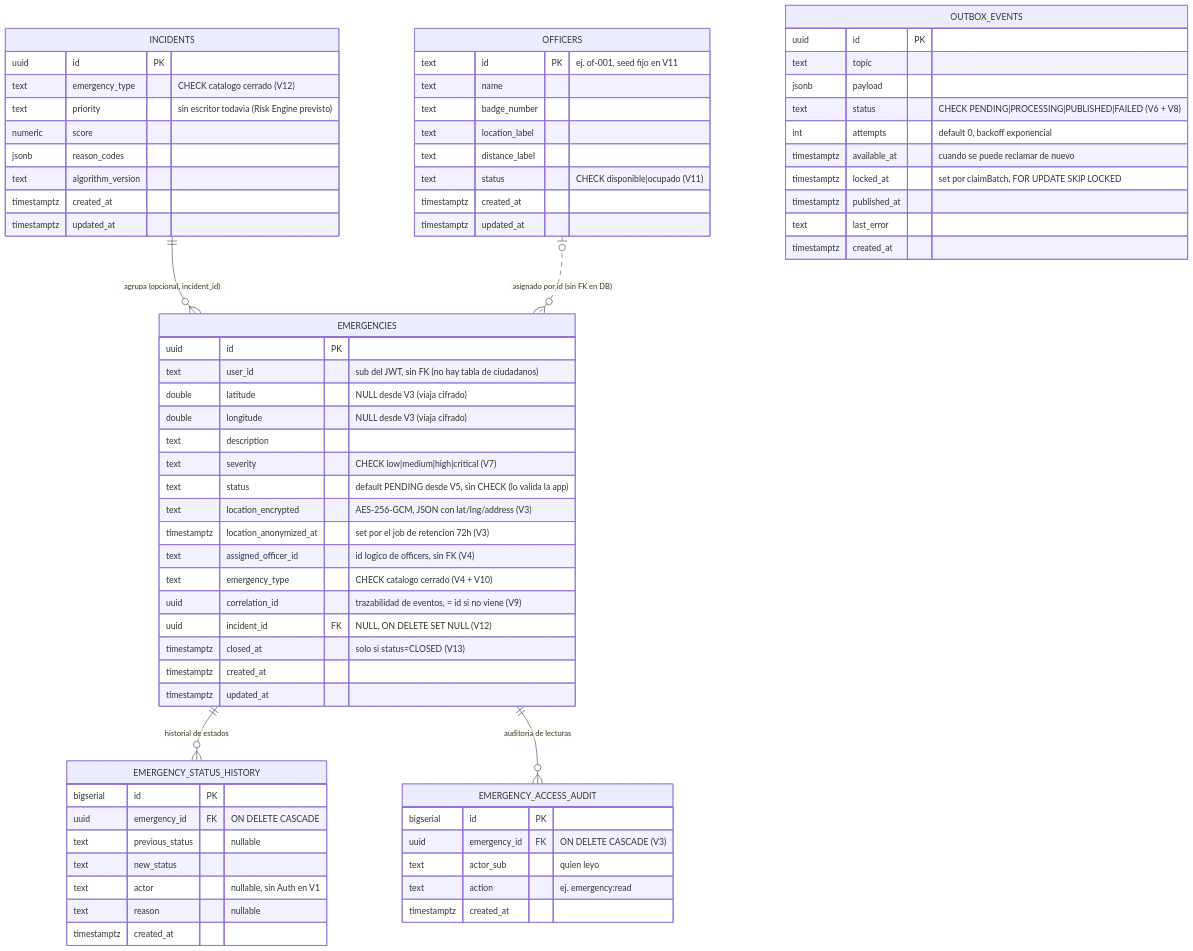
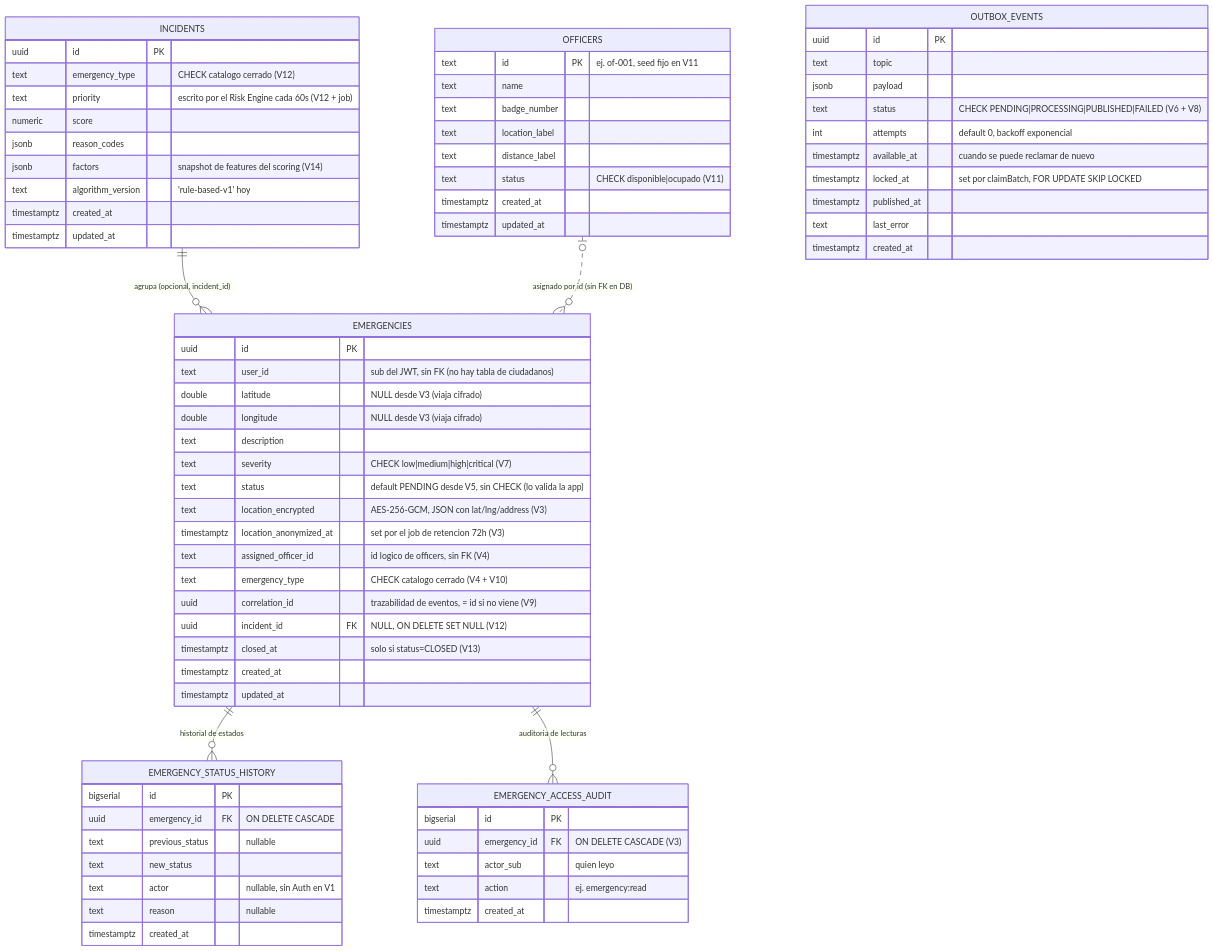
Before and after one commit to G6D2/emergencias-backend: the diagram in docs/diagramas/02-modelo-entidad-relacion.md, drawn with Mermaid. The commit also changed other lines of this file and 9 other files, not shown here.

````diff
--- a/docs/diagramas/02-modelo-entidad-relacion.md
+++ b/docs/diagramas/02-modelo-entidad-relacion.md
@@ -7,79 +7,80 @@
 ```mermaid
 erDiagram
     EMERGENCIES ||--o{ EMERGENCY_STATUS_HISTORY : "historial de estados"
     EMERGENCIES ||--o{ EMERGENCY_ACCESS_AUDIT : "auditoria de lecturas"
     INCIDENTS ||--o{ EMERGENCIES : "agrupa (opcional, incident_id)"
     OFFICERS |o..o{ EMERGENCIES : "asignado por id (sin FK en DB)"
 
     EMERGENCIES {
         uuid id PK
         text user_id "sub del JWT, sin FK (no hay tabla de ciudadanos)"
         double latitude "NULL desde V3 (viaja cifrado)"
         double longitude "NULL desde V3 (viaja cifrado)"
         text description
         text severity "CHECK low|medium|high|critical (V7)"
         text status "default PENDING desde V5, sin CHECK (lo valida la app)"
         text location_encrypted "AES-256-GCM, JSON con lat/lng/address (V3)"
         timestamptz location_anonymized_at "set por el job de retencion 72h (V3)"
         text assigned_officer_id "id logico de officers, sin FK (V4)"
         text emergency_type "CHECK catalogo cerrado (V4 + V10)"
         uuid correlation_id "trazabilidad de eventos, = id si no viene (V9)"
         uuid incident_id FK "NULL, ON DELETE SET NULL (V12)"
         timestamptz closed_at "solo si status=CLOSED (V13)"
         timestamptz created_at
         timestamptz updated_at
     }
 
     EMERGENCY_STATUS_HISTORY {
         bigserial id PK
         uuid emergency_id FK "ON DELETE CASCADE"
         text previous_status "nullable"
         text new_status
         text actor "nullable, sin Auth en V1"
         text reason "nullable"
         timestamptz created_at
     }
 
     EMERGENCY_ACCESS_AUDIT {
         bigserial id PK
         uuid emergency_id FK "ON DELETE CASCADE (V3)"
         text actor_sub "quien leyo"
         text action "ej. emergency:read"
         timestamptz created_at
     }
 
     OUTBOX_EVENTS {
         uuid id PK
         text topic
         jsonb payload
         text status "CHECK PENDING|PROCESSING|PUBLISHED|FAILED (V6 + V8)"
         int attempts "default 0, backoff exponencial"
         timestamptz available_at "cuando se puede reclamar de nuevo"
         timestamptz locked_at "set por claimBatch, FOR UPDATE SKIP LOCKED"
         timestamptz published_at
         text last_error
         timestamptz created_at
     }
 
     OFFICERS {
         text id PK "ej. of-001, seed fijo en V11"
         text name
         text badge_number
         text location_label
         text distance_label
         text status "CHECK disponible|ocupado (V11)"
         timestamptz created_at
         timestamptz updated_at
     }
 
     INCIDENTS {
         uuid id PK
         text emergency_type "CHECK catalogo cerrado (V12)"
-        text priority "sin escritor todavia (Risk Engine previsto)"
+        text priority "escrito por el Risk Engine cada 60s (V12 + job)"
         numeric score
         jsonb reason_codes
-        text algorithm_version
+        jsonb factors "snapshot de features del scoring (V14)"
+        text algorithm_version "'rule-based-v1' hoy"
         timestamptz created_at
         timestamptz updated_at
     }
 ```
````
